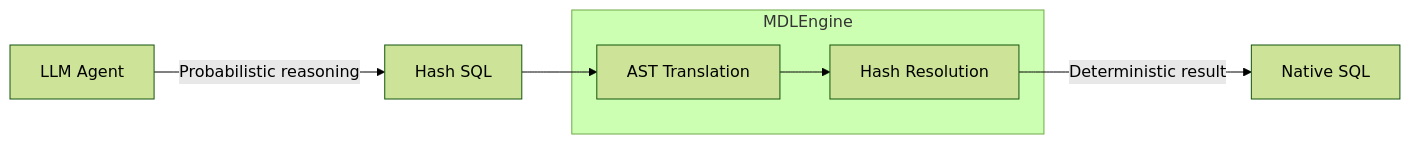
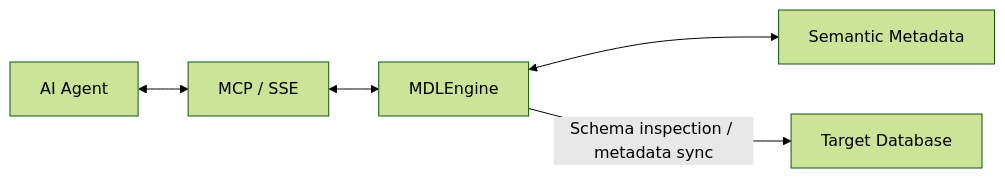
One commit to dralius97/mdl_engine changed the second of 2 diagrams in README.md. Above: the diagram before and after it, drawn with Mermaid (forest theme). The commit also changed other lines of this file, not shown here.

Commit message:
docs: focus README on MCP capabilities and outputs

````diff
--- a/README.md
+++ b/README.md
@@ -503,17 +63,13 @@
 ```mermaid
 flowchart LR
-    LLM["LLM Agent"]
-    HSQL["Hash SQL"]
+    AGENT["AI Agent"]
+    MCP["MCP / SSE"]
+    ENGINE["MDLEngine"]
+    METADATA["Semantic Metadata"]
+    DB["Target Database"]
 
-    subgraph MDL["MDLEngine"]
-        AST["AST Translation"]
-        RESOLVE["Hash Resolution"]
-    end
-
-    NSQL["Native SQL"]
-
-    LLM -->|"Probabilistic reasoning"| HSQL
-    HSQL --> AST
-    AST --> RESOLVE
-    RESOLVE -->|"Deterministic result"| NSQL
+    AGENT <--> MCP
+    MCP <--> ENGINE
+    ENGINE <--> METADATA
+    ENGINE -->|"Schema inspection / metadata sync"| DB
 ```
````
